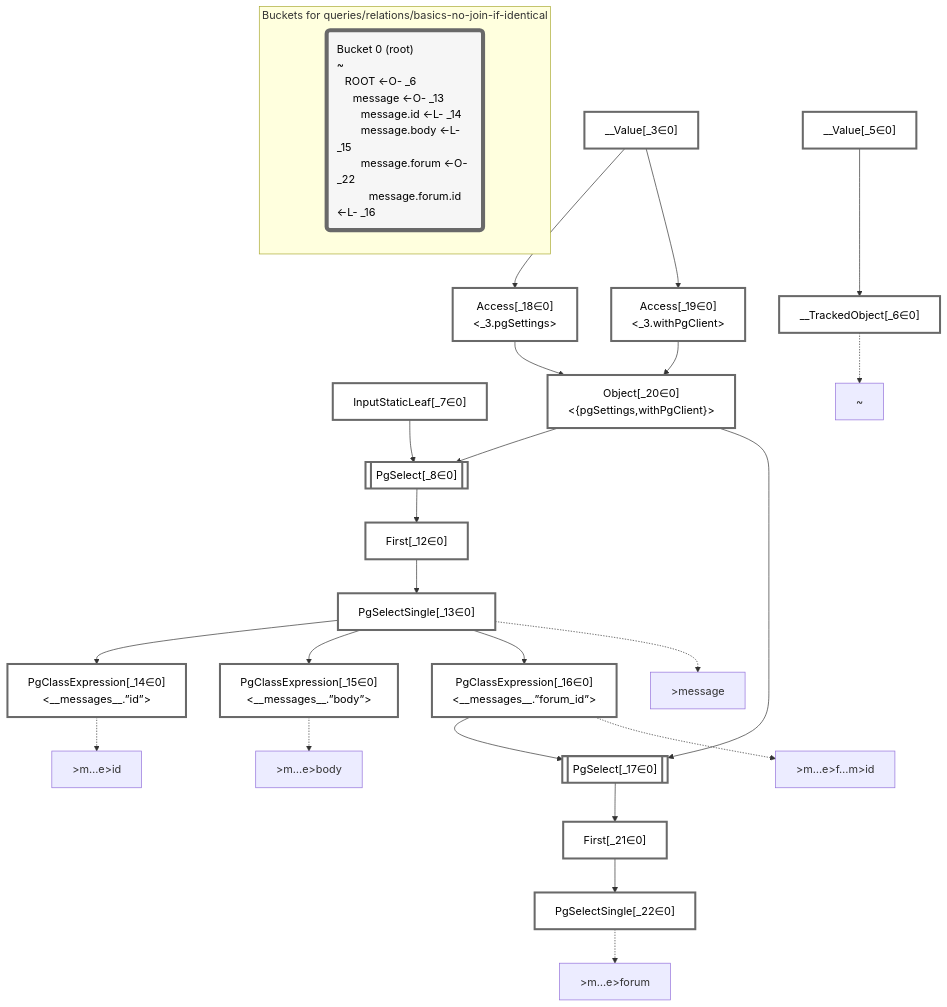
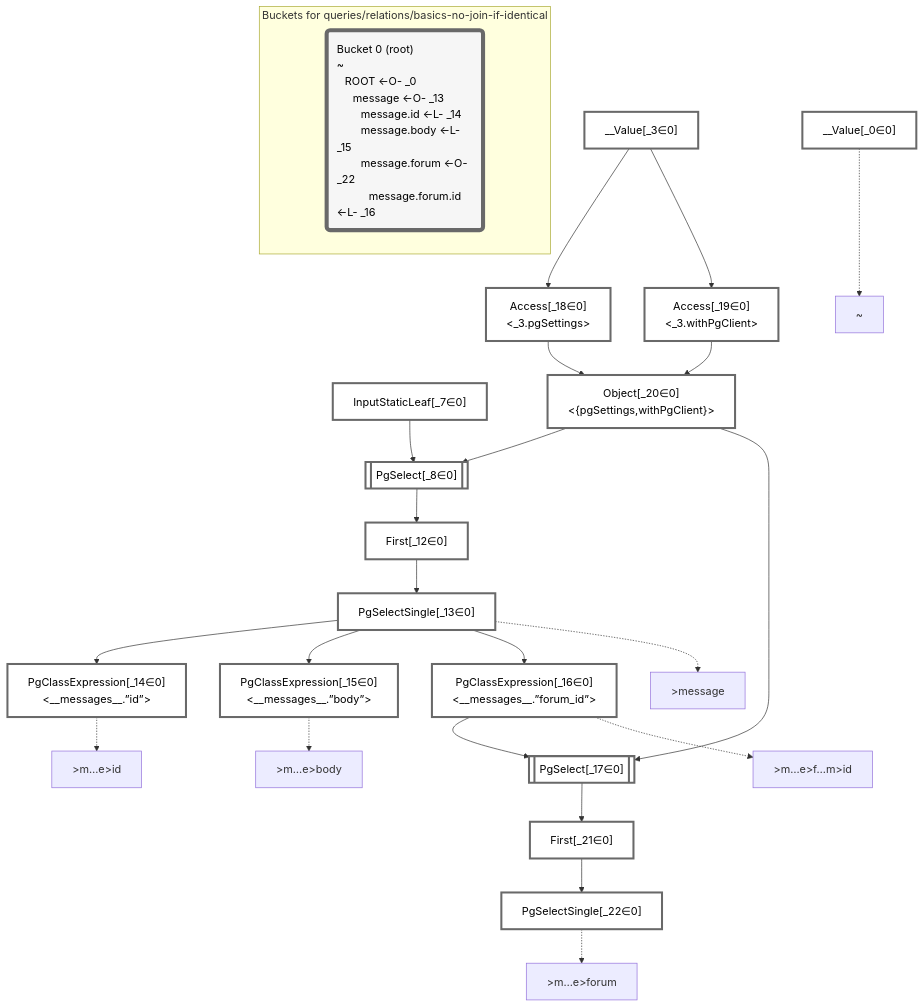
Before and after one commit to graphile/crystal: the diagram in packages/dataplan-pg/__tests__/queries/relations/basics-no-join-if-identical.deopt.mermaid.md, drawn with Mermaid. The commit also changed 193 other files, not shown here.

Commit message:
Update test plan snapshots with new root plan

````diff
--- a/packages/dataplan-pg/__tests__/queries/relations/basics-no-join-if-identical.deopt.mermaid.md
+++ b/packages/dataplan-pg/__tests__/queries/relations/basics-no-join-if-identical.deopt.mermaid.md
@@ -1,68 +1,66 @@
 ```mermaid
 graph TD
     classDef path fill:#eee,stroke:#000,color:#000
     classDef plan fill:#fff,stroke-width:3px,color:#000
     classDef itemplan fill:#fff,stroke-width:6px,color:#000
     classDef sideeffectplan fill:#f00,stroke-width:6px,color:#000
     classDef bucket fill:#f6f6f6,color:#000,stroke-width:6px,text-align:left
 
 
     %% define plans
+    __Value_0["__Value[_0∈0]"]:::plan
     __Value_3["__Value[_3∈0]<br /><context>"]:::plan
-    __Value_5["__Value[_5∈0]<br /><rootValue>"]:::plan
-    __TrackedObject_6["__TrackedObject[_6∈0]"]:::plan
     InputStaticLeaf_7["InputStaticLeaf[_7∈0]"]:::plan
     PgSelect_8[["PgSelect[_8∈0]<br /><messages>"]]:::plan
     First_12["First[_12∈0]"]:::plan
     PgSelectSingle_13["PgSelectSingle[_13∈0]<br /><messages>"]:::plan
     PgClassExpression_14["PgClassExpression[_14∈0]<br /><__messages__.”id”>"]:::plan
     PgClassExpression_15["PgClassExpression[_15∈0]<br /><__messages__.”body”>"]:::plan
     PgClassExpression_16["PgClassExpression[_16∈0]<br /><__messages__.”forum_id”>"]:::plan
     PgSelect_17[["PgSelect[_17∈0]<br /><forums>"]]:::plan
     Access_18["Access[_18∈0]<br /><_3.pgSettings>"]:::plan
     Access_19["Access[_19∈0]<br /><_3.withPgClient>"]:::plan
     Object_20["Object[_20∈0]<br /><{pgSettings,withPgClient}>"]:::plan
     First_21["First[_21∈0]"]:::plan
     PgSelectSingle_22["PgSelectSingle[_22∈0]<br /><forums>"]:::plan
 
     %% plan dependencies
-    __Value_5 --> __TrackedObject_6
     Object_20 --> PgSelect_8
     InputStaticLeaf_7 --> PgSelect_8
     PgSelect_8 --> First_12
     First_12 --> PgSelectSingle_13
     PgSelectSingle_13 --> PgClassExpression_14
     PgSelectSingle_13 --> PgClassExpression_15
     PgSelectSingle_13 --> PgClassExpression_16
     Object_20 --> PgSelect_17
     PgClassExpression_16 --> PgSelect_17
     __Value_3 --> Access_18
     __Value_3 --> Access_19
     Access_18 --> Object_20
     Access_19 --> Object_20
     PgSelect_17 --> First_21
     First_21 --> PgSelectSingle_22
 
     %% plan-to-path relationships
-    P_6["~"]
-    __TrackedObject_6 -.-> P_6
+    P_0["~"]
+    __Value_0 -.-> P_0
     P_13[">message"]
     PgSelectSingle_13 -.-> P_13
     P_14[">m…e>id"]
     PgClassExpression_14 -.-> P_14
     P_15[">m…e>body"]
     PgClassExpression_15 -.-> P_15
     P_16[">m…e>f…m>id"]
     PgClassExpression_16 -.-> P_16
     P_22[">m…e>forum"]
     PgSelectSingle_22 -.-> P_22
 
     %% allocate buckets
     classDef bucket0 stroke:#696969
-    class __Value_3,__Value_5,__TrackedObject_6,InputStaticLeaf_7,PgSelect_8,First_12,PgSelectSingle_13,PgClassExpression_14,PgClassExpression_15,PgClassExpression_16,PgSelect_17,Access_18,Access_19,Object_20,First_21,PgSelectSingle_22 bucket0
+    class __Value_0,__Value_3,InputStaticLeaf_7,PgSelect_8,First_12,PgSelectSingle_13,PgClassExpression_14,PgClassExpression_15,PgClassExpression_16,PgSelect_17,Access_18,Access_19,Object_20,First_21,PgSelectSingle_22 bucket0
 
     subgraph "Buckets for queries/relations/basics-no-join-if-identical"
-    Bucket0("Bucket 0 (root)<br />~<br />⠀ROOT <-O- _6<br />⠀⠀message <-O- _13<br />⠀⠀⠀message.id <-L- _14<br />⠀⠀⠀message.body <-L- _15<br />⠀⠀⠀message.forum <-O- _22<br />⠀⠀⠀⠀message.forum.id <-L- _16"):::bucket
+    Bucket0("Bucket 0 (root)<br />~<br />⠀ROOT <-O- _0<br />⠀⠀message <-O- _13<br />⠀⠀⠀message.id <-L- _14<br />⠀⠀⠀message.body <-L- _15<br />⠀⠀⠀message.forum <-O- _22<br />⠀⠀⠀⠀message.forum.id <-L- _16"):::bucket
     style Bucket0 stroke:#696969
     end
 ```
````
